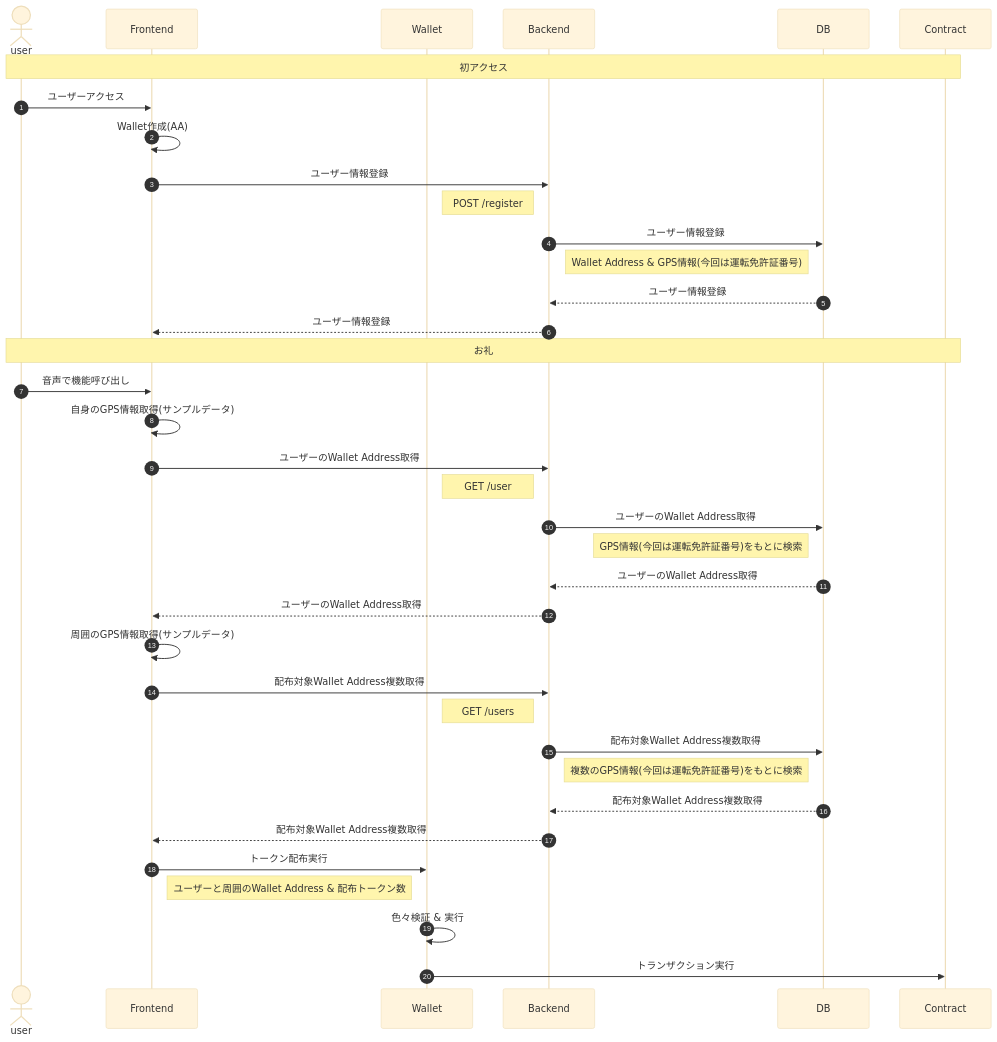
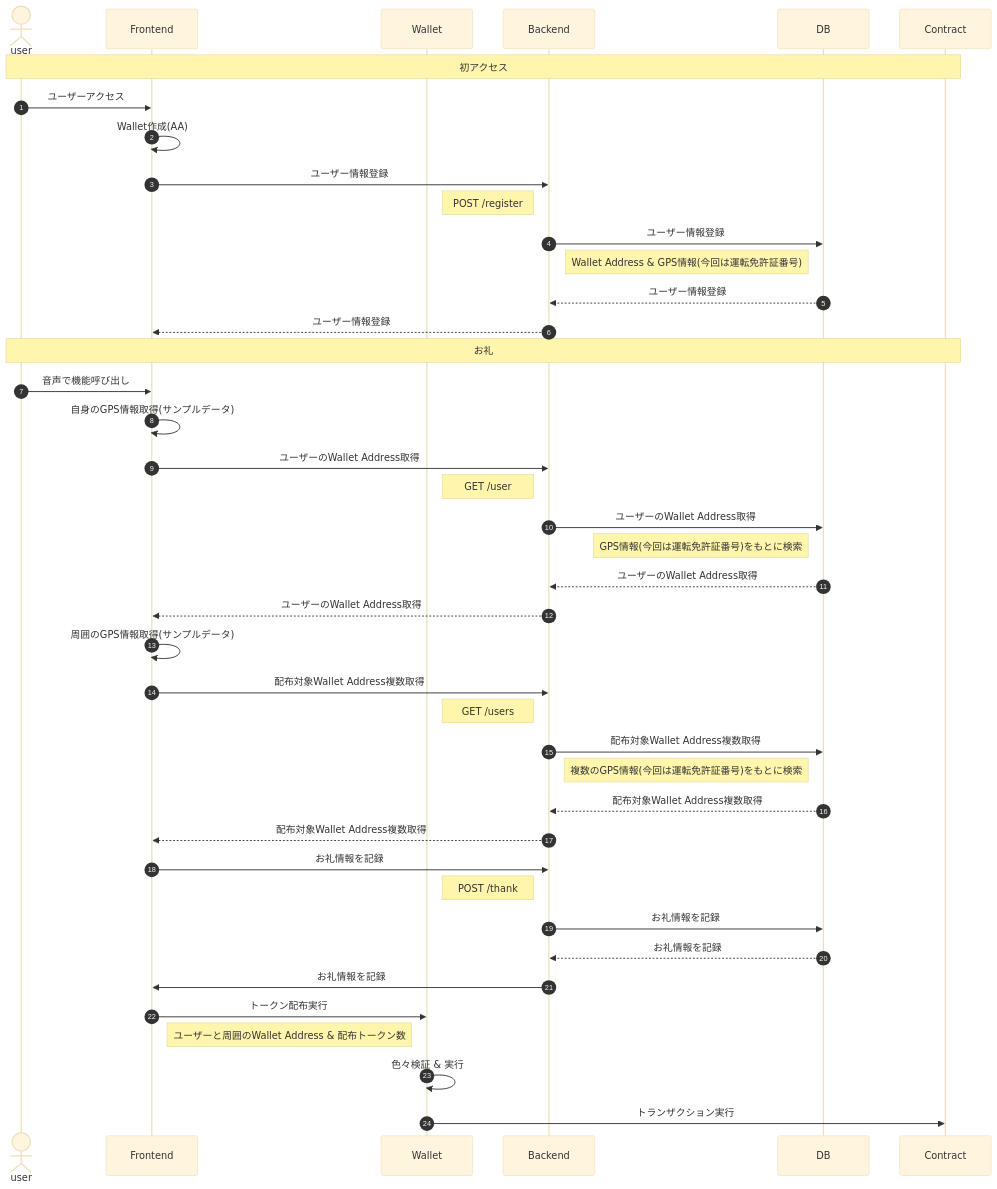
One commit to ponponnsan/key3_hackathon_drive changed the diagram in docs/sequence/flow.md. Above: the diagram before and after it, drawn with Mermaid (base theme).

Commit message:
#7 🛠 お礼情報記録フロー追加

````diff
--- a/docs/sequence/flow.md
+++ b/docs/sequence/flow.md
@@ -5,43 +5,48 @@
 ```mermaid
 sequenceDiagram
     autonumber
 
     actor user
     participant frontend as Frontend
     participant wallet as Wallet
     participant backend as Backend
     participant db as DB
     participant contract as Contract
 
     Note over user,contract: 初アクセス
     user ->> frontend: ユーザーアクセス
     frontend ->> frontend: Wallet作成(AA)
     frontend ->> backend: ユーザー情報登録
     Note left of backend: POST /register
     backend ->> db: ユーザー情報登録
     Note left of db: Wallet Address & GPS情報(今回は運転免許証番号)
     db -->> backend: ユーザー情報登録
     backend -->> frontend: ユーザー情報登録
 
     Note over user,contract: お礼
     user ->> frontend: 音声で機能呼び出し
     frontend ->> frontend: 自身のGPS情報取得(サンプルデータ)
     frontend ->> backend: ユーザーのWallet Address取得
     Note left of backend: GET /user
     backend ->> db: ユーザーのWallet Address取得
     Note left of db: GPS情報(今回は運転免許証番号)をもとに検索
     db -->> backend: ユーザーのWallet Address取得
     backend -->> frontend: ユーザーのWallet Address取得
     frontend ->> frontend: 周囲のGPS情報取得(サンプルデータ)
     frontend ->> backend: 配布対象Wallet Address複数取得
     Note left of backend: GET /users
     backend ->> db:  配布対象Wallet Address複数取得
     Note left of db: 複数のGPS情報(今回は運転免許証番号)をもとに検索
     db -->> backend:  配布対象Wallet Address複数取得
     backend -->> frontend:  配布対象Wallet Address複数取得
+    frontend ->> backend: お礼情報を記録
+    Note left of backend: POST /thank
+    backend ->> db: お礼情報を記録
+    db -->> backend: お礼情報を記録
+    backend ->> frontend: お礼情報を記録
 
     frontend ->> wallet: トークン配布実行
     Note left of wallet: ユーザーと周囲のWallet Address & 配布トークン数
     wallet ->> wallet: 色々検証 & 実行
     wallet ->> contract: トランザクション実行
 ```
````
